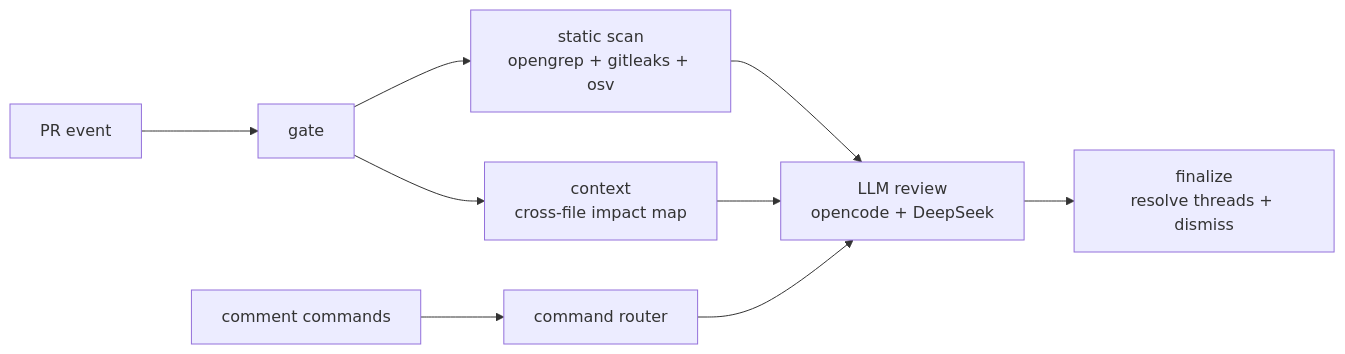
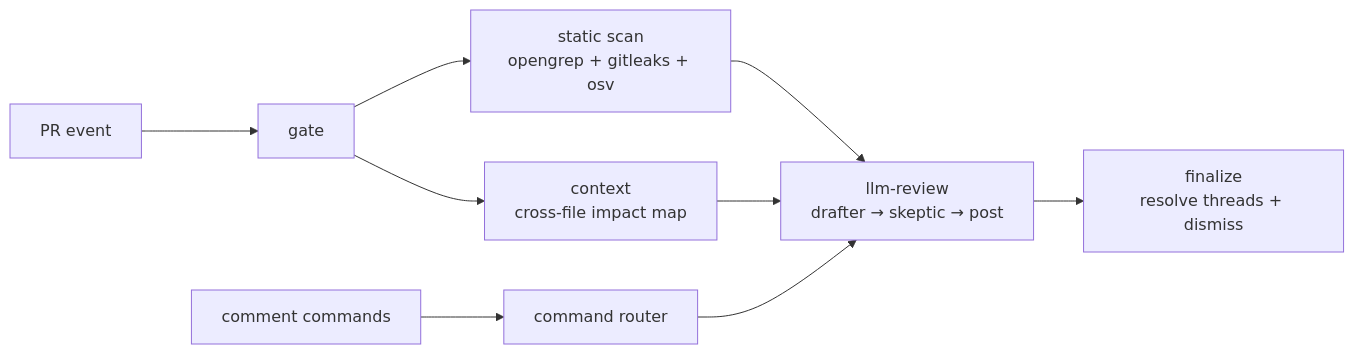
One commit to Divkix/ai-review changed the diagram in README.md. Above: the diagram before and after it, drawn with Mermaid. The commit also changed other lines of this file and 10 other files, not shown here.

````diff
--- a/README.md
+++ b/README.md
@@ -9,11 +9,11 @@
 ```mermaid
 flowchart LR
     A[PR event] --> B[gate]
     B --> C[static scan<br/>opengrep + gitleaks + osv]
     B --> H[context<br/>cross-file impact map]
-    C --> D[LLM review<br/>opencode + DeepSeek]
+    C --> D[llm-review<br/>drafter → skeptic → post]
     H --> D
     D --> E[finalize<br/>resolve threads + dismiss]
     F[comment commands] --> G[command router]
     G --> D
 ```
````
